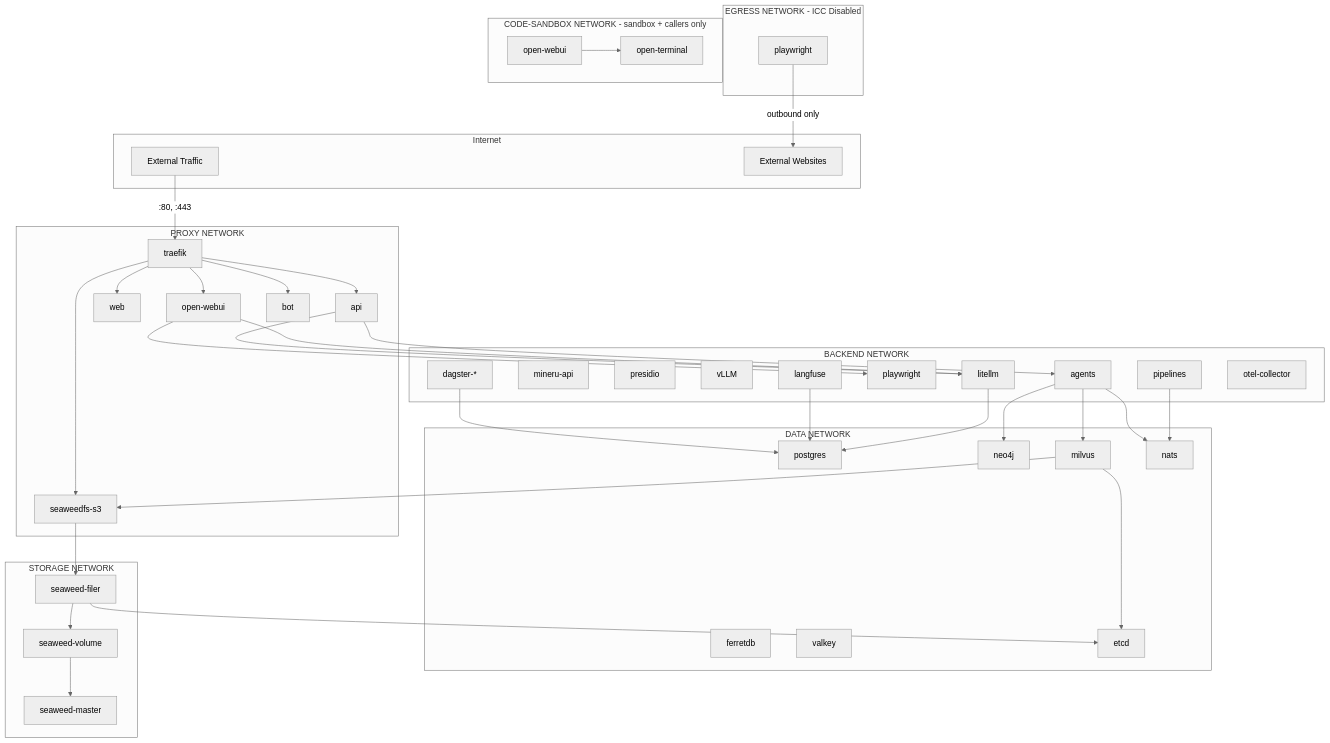
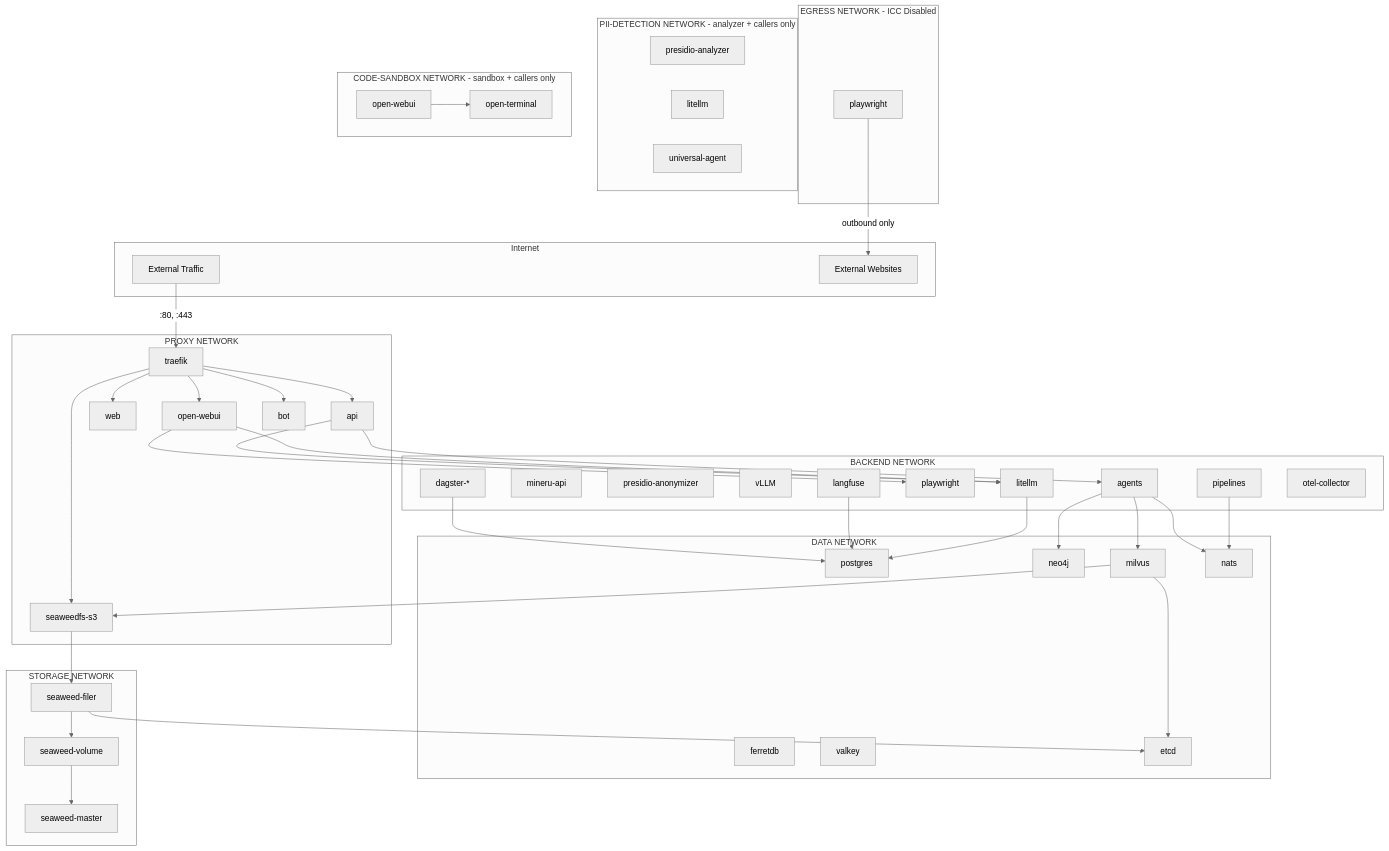
The diagram in docs/docs/2_platform/2_architecture/4_network_isolation/index.de.md (bbvch-ai/aihub-core), drawn with Mermaid (neutral theme) before and after one commit. The commit also changed other lines of this file and 28 other files, not shown here.

Commit message:
feat(deploy): Run a keyed Presidio analyzer with GLiNER and Swiss patterns in its own network

```diff
--- a/docs/docs/2_platform/2_architecture/4_network_isolation/index.de.md
+++ b/docs/docs/2_platform/2_architecture/4_network_isolation/index.de.md
@@ -139,7 +145,7 @@
     subgraph backend[BACKEND NETWORK]
         litellm[litellm]
         mineru-api[mineru-api]
-        presidio[presidio]
+        presidio[presidio-anonymizer]
         vllm[vLLM]
         agents[agents]
         playwright[playwright]
@@ -151,6 +157,12 @@
 
     subgraph egress[EGRESS NETWORK - ICC Disabled]
         playwright_egress[playwright]
+    end
+
+    subgraph pii-detection[PII-DETECTION NETWORK - analyzer + callers only]
+        presidio_analyzer[presidio-analyzer]
+        litellm_pii[litellm]
+        agents_pii[universal-agent]
     end
 
     subgraph code-sandbox[CODE-SANDBOX NETWORK - sandbox + callers only]
```
